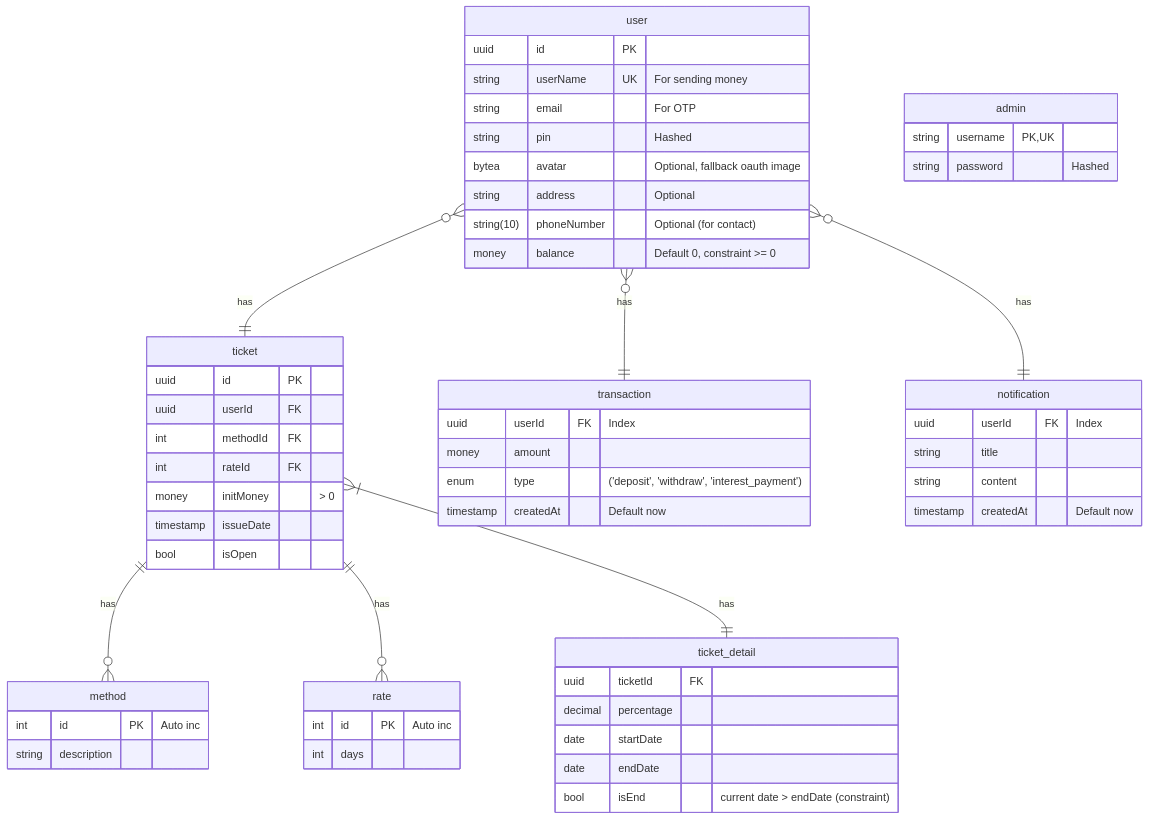
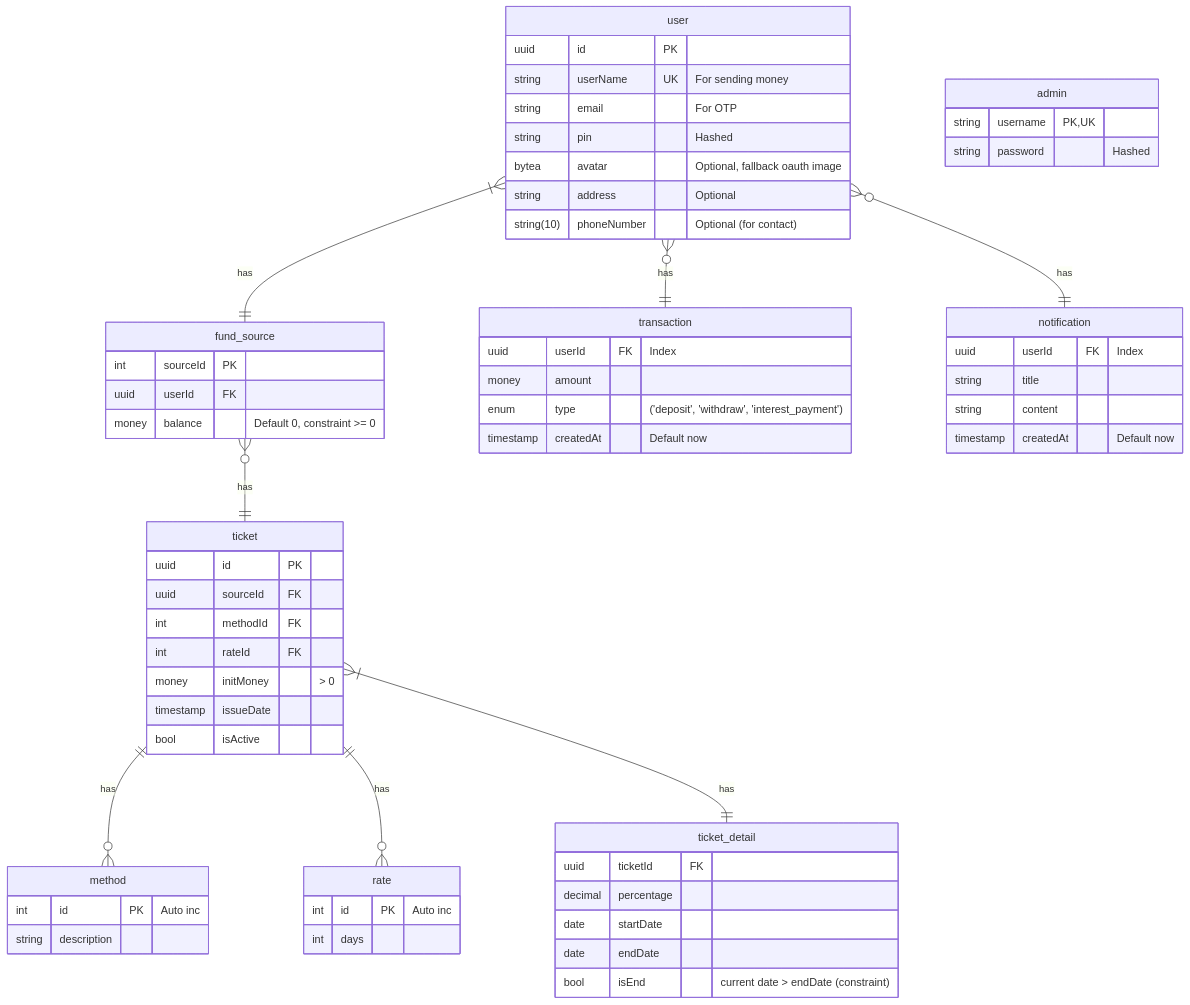
Before and after one commit to coinhub-uit/.github: the first of 2 diagrams in profile/README.md, drawn with Mermaid.

Commit message:
feat(db): add fund_source

````diff
--- a/profile/README.md
+++ b/profile/README.md
@@ -15,71 +15,77 @@
 ```mermaid
 erDiagram
   user {
     uuid id PK
     string userName UK "For sending money"
     string email "For OTP"
     string pin "Hashed"
     bytea avatar "Optional, fallback oauth image"
     string address "Optional"
     string(10) phoneNumber "Optional (for contact)"
     %% For what??
     %% bool isActive
+  }
+
+  fund_source {
+    int sourceId PK
+    uuid userId FK
     money balance "Default 0, constraint >= 0"
   }
 
   method {
     int id PK "Auto inc"
     string description
   }
 
   %% name??
   rate {
     int id PK "Auto inc"
     int days
   }
 
   ticket {
     uuid id PK
-    uuid userId FK
+    uuid sourceId FK
     int methodId FK
     int rateId FK
     money initMoney "> 0"
     timestamp issueDate
-    bool isOpen
+    bool isActive
   }
 
-  %% need change the name
+  %% need to change the name
   ticket_detail {
     uuid ticketId FK
     decimal percentage
     date startDate
     date endDate
     bool isEnd "current date > endDate (constraint)"
   }
 
   transaction {
     uuid userId FK "Index"
     money amount
     enum type "('deposit', 'withdraw', 'interest_payment')"
     timestamp createdAt "Default now"
   }
 
   notification {
     uuid userId FK "Index"
     string title
     string content
     timestamp createdAt "Default now"
   }
 
   admin {
     string username PK,UK
     string password "Hashed"
   }
 
-  user }o--|| ticket : has
   user }o--|| transaction : has
   user }o--|| notification : has
+  user }|--|| fund_source : has
+  fund_source }o--|| ticket : has
   ticket ||--}o method : has
   ticket ||--}o rate : has
   ticket }|--|| ticket_detail : has
 ```
````
